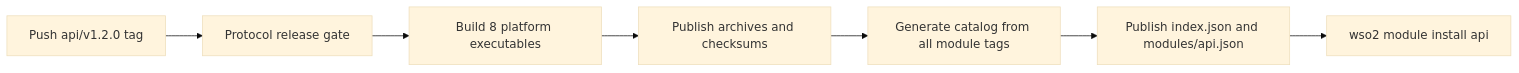
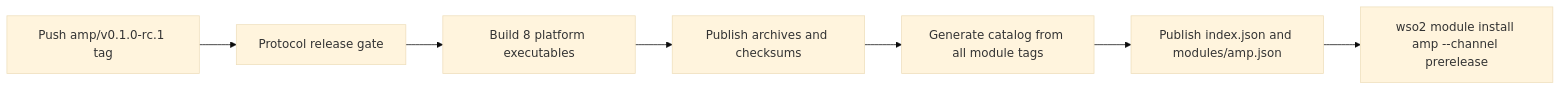
The third of 3 diagrams in docs/guides/building-product-modules.md (kanushka/wso2-cli), drawn with Mermaid (base theme) before and after one commit. The commit also changed other lines of this file and 24 other files, not shown here.

Commit message:
feat(amp): add the Agent Manager example module, and rewrite the module developer guide and scaffold around it

````diff
--- a/docs/guides/building-product-modules.md
+++ b/docs/guides/building-product-modules.md
@@ -499,9 +663,9 @@
 ```mermaid
 flowchart LR
-    T["Push api/v1.2.0 tag"] --> G["Protocol release gate"]
+    T["Push amp/v0.1.0-rc.1 tag"] --> G["Protocol release gate"]
     G --> B["Build 8 platform executables"]
     B --> R["Publish archives and checksums"]
     R --> C["Generate catalog from all module tags"]
-    C --> P["Publish index.json and modules/api.json"]
-    P --> I["wso2 module install api"]
+    C --> P["Publish index.json and modules/amp.json"]
+    P --> I["wso2 module install amp --channel prerelease"]
 ```
````
